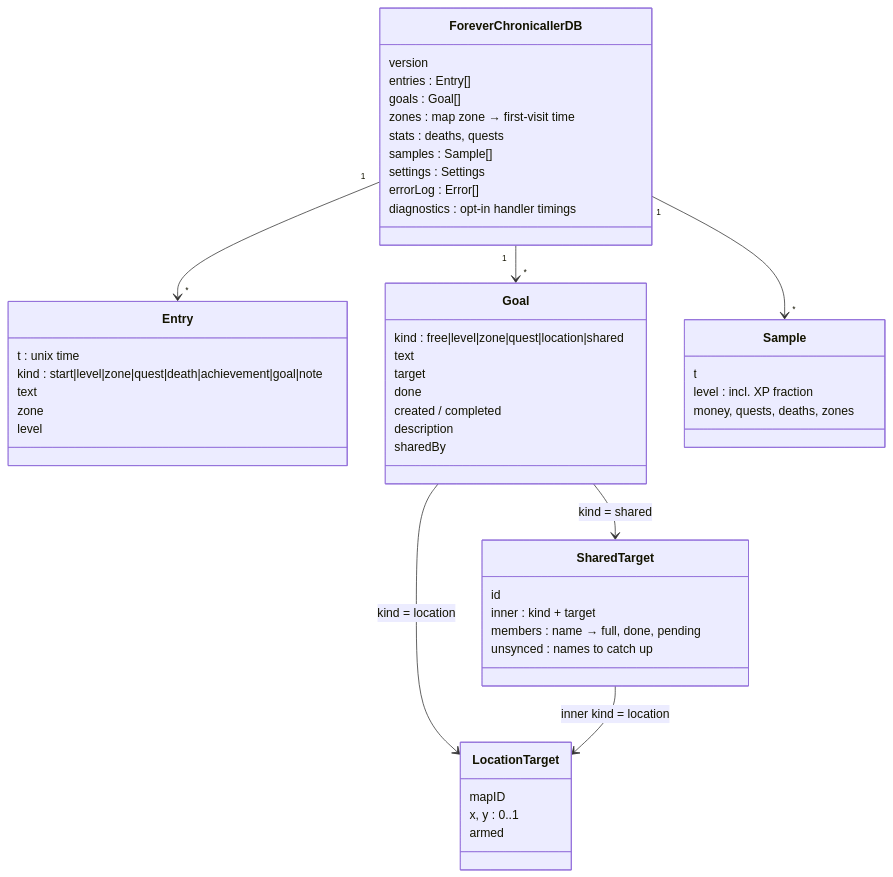
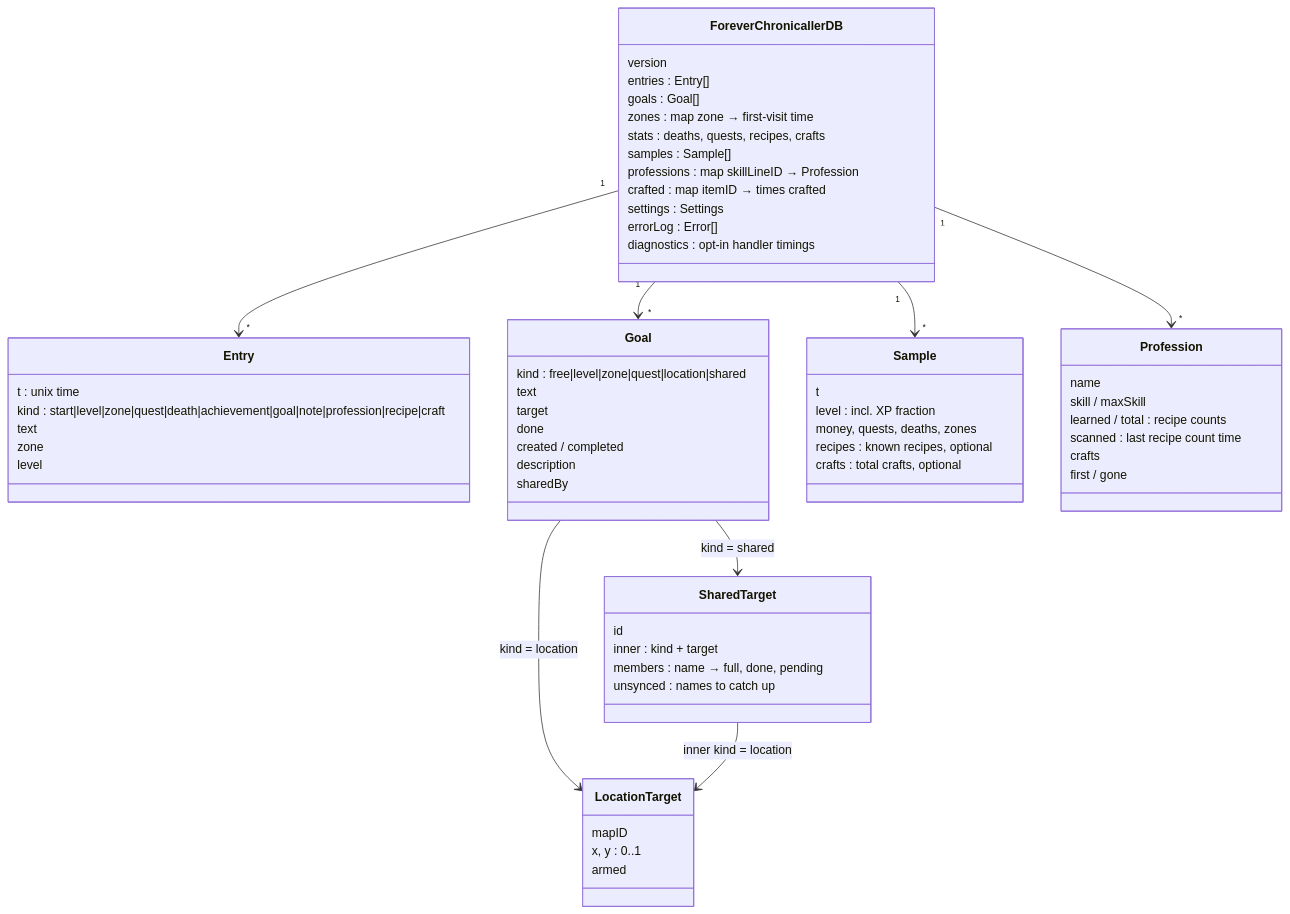
Before and after one commit to SaffronG/ForeverChronicler: the fifth of 12 diagrams in docs/Topology.md, drawn with Mermaid. The commit also changed other lines of this file and 15 other files, not shown here.

First line of the commit message:
Chronicle professions, recipes and crafting with recipe completion

````diff
--- a/docs/Topology.md
+++ b/docs/Topology.md
@@ -186,52 +194,65 @@
 ```mermaid
 classDiagram
     class ForeverChronicallerDB {
         version
         entries : Entry[]
         goals : Goal[]
         zones : map zone → first-visit time
-        stats : deaths, quests
+        stats : deaths, quests, recipes, crafts
         samples : Sample[]
+        professions : map skillLineID → Profession
+        crafted : map itemID → times crafted
         settings : Settings
         errorLog : Error[]
         diagnostics : opt-in handler timings
     }
     class Entry {
         t : unix time
-        kind : start|level|zone|quest|death|achievement|goal|note
+        kind : start|level|zone|quest|death|achievement|goal|note|profession|recipe|craft
         text
         zone
         level
     }
     class Goal {
         kind : free|level|zone|quest|location|shared
         text
         target
         done
         created / completed
         description
         sharedBy
     }
     class LocationTarget {
         mapID
         x, y : 0..1
         armed
     }
     class SharedTarget {
         id
         inner : kind + target
         members : name → full, done, pending
         unsynced : names to catch up
     }
     class Sample {
         t
         level : incl. XP fraction
         money, quests, deaths, zones
+        recipes : known recipes, optional
+        crafts : total crafts, optional
+    }
+    class Profession {
+        name
+        skill / maxSkill
+        learned / total : recipe counts
+        scanned : last recipe count time
+        crafts
+        first / gone
     }
     ForeverChronicallerDB "1" --> "*" Entry
     ForeverChronicallerDB "1" --> "*" Goal
     ForeverChronicallerDB "1" --> "*" Sample
+    ForeverChronicallerDB "1" --> "*" Profession
     Goal --> LocationTarget : kind = location
     Goal --> SharedTarget : kind = shared
     SharedTarget --> LocationTarget : inner kind = location
 ```
````
